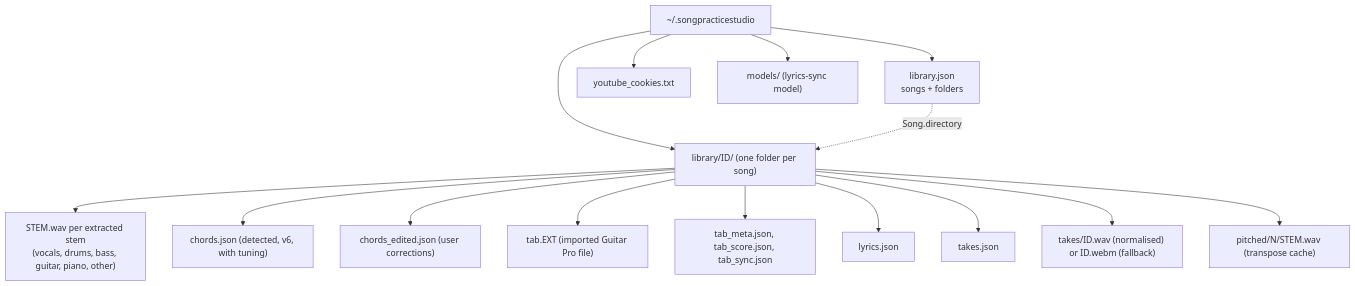
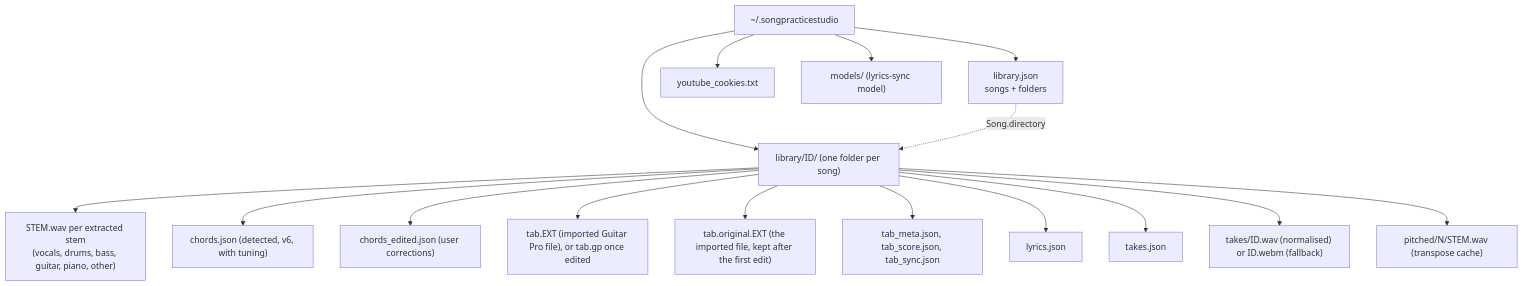
Before and after one commit to giamat90/SongPracticeStudio: the fourth of 16 diagrams in wiki/uml.md, drawn with Mermaid. The commit also changed other lines of this file and 20 other files, not shown here.

````diff
--- a/wiki/uml.md
+++ b/wiki/uml.md
@@ -203,18 +204,19 @@
 ```mermaid
 flowchart TB
     ROOT["~/.songpracticestudio"]
     ROOT --> LJ["library.json<br/>songs + folders"]
     ROOT --> YC["youtube_cookies.txt"]
     ROOT --> MD["models/ (lyrics-sync model)"]
     ROOT --> SD["library/ID/ (one folder per song)"]
     SD --> ST["STEM.wav per extracted stem<br/>(vocals, drums, bass, guitar, piano, other)"]
     SD --> CH["chords.json (detected, v6, with tuning)"]
     SD --> CE["chords_edited.json (user corrections)"]
-    SD --> TAB["tab.EXT (imported Guitar Pro file)"]
+    SD --> TAB["tab.EXT (imported Guitar Pro file), or tab.gp once edited"]
+    SD --> TO["tab.original.EXT (the imported file, kept after the first edit)"]
     SD --> TM["tab_meta.json, tab_score.json, tab_sync.json"]
     SD --> LY["lyrics.json"]
     SD --> TJ["takes.json"]
     SD --> TK["takes/ID.wav (normalised) or ID.webm (fallback)"]
     SD --> PS["pitched/N/STEM.wav (transpose cache)"]
     LJ -. "Song.directory" .-> SD
 ```
````
